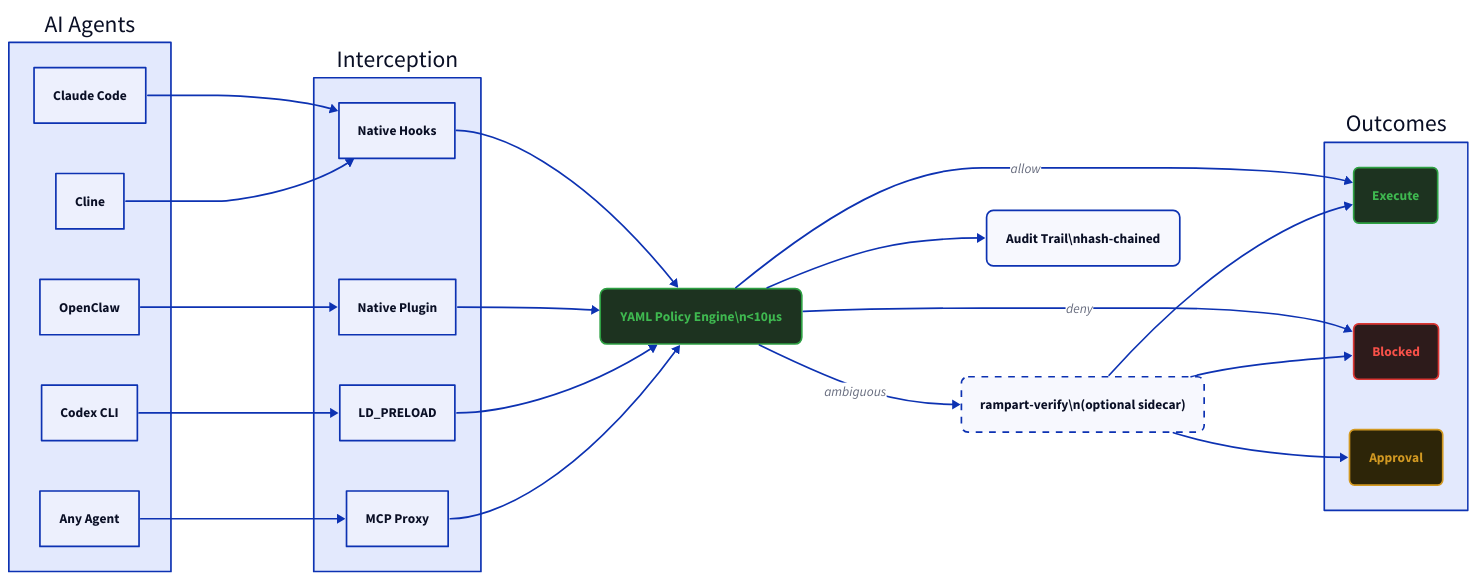
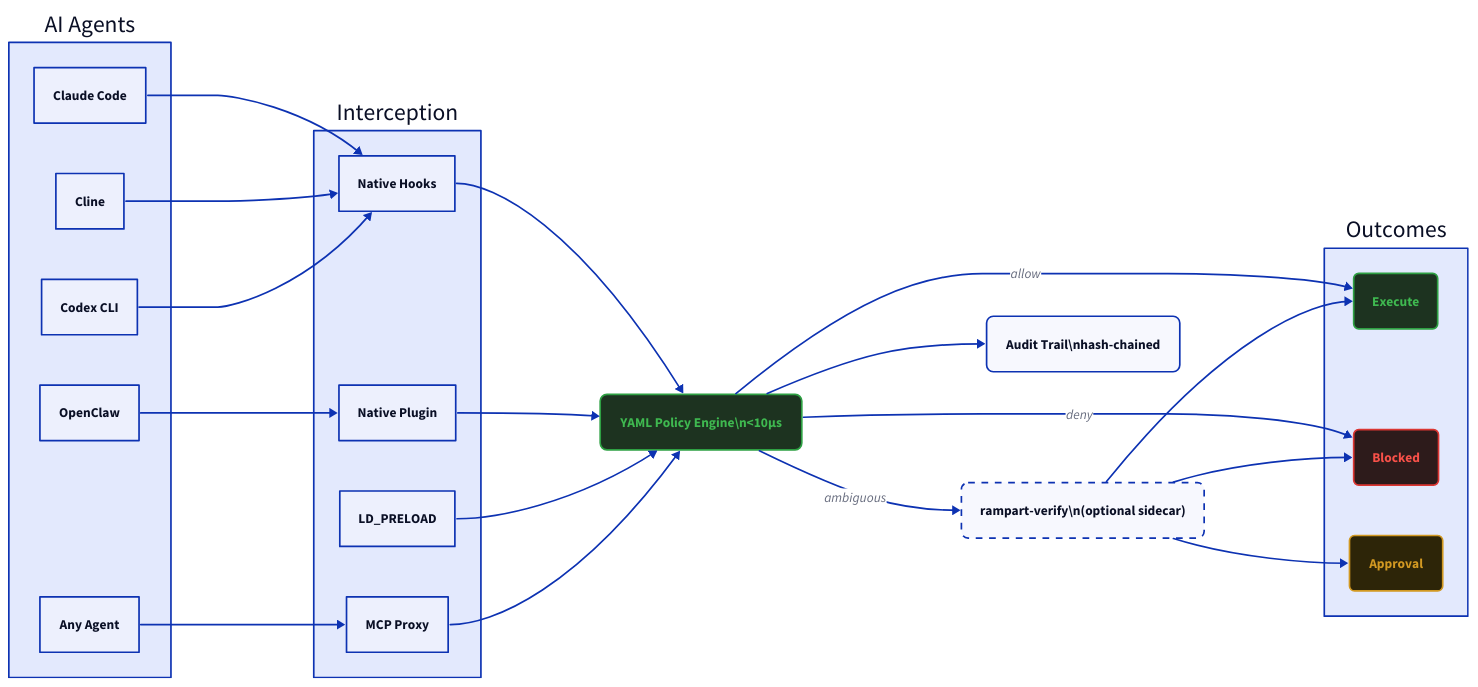
One commit to peg/rampart changed the diagram in docs-site/index.md. Above: the diagram before and after it, drawn with D2. The commit also changed other lines of this file and 18 other files, not shown here.

````diff
--- a/docs-site/index.md
+++ b/docs-site/index.md
@@ -114,78 +114,78 @@
 ```d2
 direction: right
 
 agents: {
   label: "AI Agents"
   claude: "Claude Code"
   cline: "Cline"
   openclaw: "OpenClaw"
   codex: "Codex CLI"
   other: "Any Agent"
 }
 
 intercept: {
   label: "Interception"
   hooks: "Native Hooks"
   plugin: "Native Plugin"
   preload: "LD_PRELOAD"
   mcp: "MCP Proxy"
 }
 
 engine: "YAML Policy Engine\\n<10μs" {
   style.fill: "#1d3320"
   style.stroke: "#2ea043"
   style.font-color: "#3fb950"
   style.border-radius: 8
 }
 
 verify: "rampart-verify\\n(optional sidecar)" {
   style.stroke-dash: 4
   style.border-radius: 8
 }
 
 audit: "Audit Trail\\nhash-chained" {
   style.border-radius: 8
 }
 
 outcomes: {
   label: "Outcomes"
   allow: "Execute" {
     style.fill: "#1d3320"
     style.stroke: "#2ea043"
     style.font-color: "#3fb950"
     style.border-radius: 6
   }
   deny: "Blocked" {
     style.fill: "#2d1b1b"
     style.stroke: "#da3633"
     style.font-color: "#f85149"
     style.border-radius: 6
   }
   approval: "Approval" {
     style.fill: "#2d2508"
     style.stroke: "#d29922"
     style.font-color: "#d29922"
     style.border-radius: 6
   }
 }
 
 agents.claude -> intercept.hooks
 agents.cline -> intercept.hooks
 agents.openclaw -> intercept.plugin
-agents.codex -> intercept.preload
+agents.codex -> intercept.hooks
 agents.other -> intercept.mcp
 
 intercept.hooks -> engine
 intercept.plugin -> engine
 intercept.preload -> engine
 intercept.mcp -> engine
 
 engine -> outcomes.allow: "allow"
 engine -> outcomes.deny: "deny"
 engine -> verify: "ambiguous"
 engine -> audit
 
 verify -> outcomes.allow
 verify -> outcomes.deny
 verify -> outcomes.approval
 ```
````
